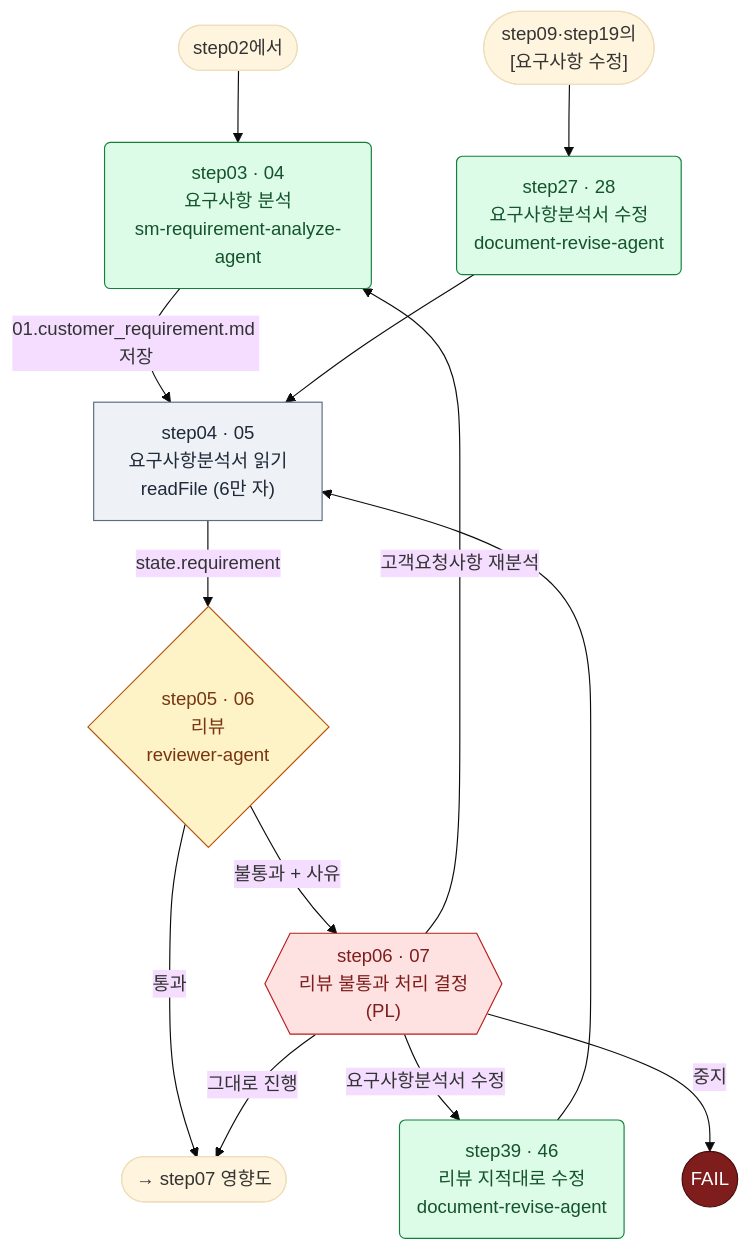
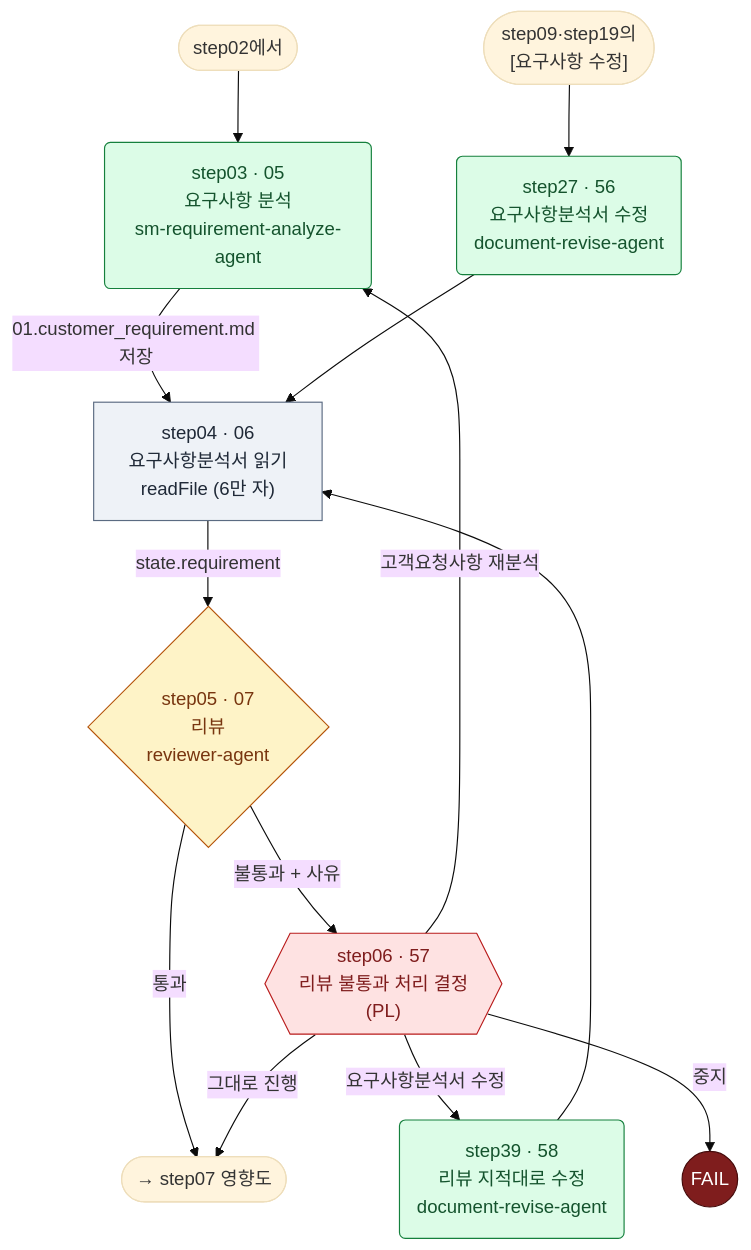
One commit to YongSoekChoeng/dstone changed the sixth of 24 diagrams in docs/09.dstone-ai-engine-sm-workflow.md. Above: the diagram before and after it, drawn with Mermaid (base theme). The commit also changed other lines of this file and 27 other files, not shown here.

````diff
--- a/docs/09.dstone-ai-engine-sm-workflow.md
+++ b/docs/09.dstone-ai-engine-sm-workflow.md
@@ -473,20 +474,20 @@
 ```mermaid
 flowchart TD
-    IN(["step02에서"]) --> step03("step03 · 04<br/>요구사항 분석<br/>sm-requirement-analyze-agent"):::agent
-    step03 -->|"01.customer_requirement.md 저장"| step04["step04 · 05<br/>요구사항분석서 읽기<br/>readFile (6만 자)"]:::tool
-    step04 -->|state.requirement| step05{"step05 · 06<br/>리뷰<br/>reviewer-agent"}:::sup
+    IN(["step02에서"]) --> step03("step03 · 05<br/>요구사항 분석<br/>sm-requirement-analyze-agent"):::agent
+    step03 -->|"01.customer_requirement.md 저장"| step04["step04 · 06<br/>요구사항분석서 읽기<br/>readFile (6만 자)"]:::tool
+    step04 -->|state.requirement| step05{"step05 · 07<br/>리뷰<br/>reviewer-agent"}:::sup
     step05 -->|"통과"| OUT(["→ step07 영향도"])
-    step05 -->|"불통과 + 사유"| step06{{"step06 · 07<br/>리뷰 불통과 처리 결정<br/>(PL)"}}:::appr
+    step05 -->|"불통과 + 사유"| step06{{"step06 · 57<br/>리뷰 불통과 처리 결정<br/>(PL)"}}:::appr
     step06 -->|그대로 진행| OUT
     step06 -->|고객요청사항 재분석| step03
-    step06 -->|요구사항분석서 수정| step39("step39 · 46<br/>리뷰 지적대로 수정<br/>document-revise-agent"):::agent
+    step06 -->|요구사항분석서 수정| step39("step39 · 58<br/>리뷰 지적대로 수정<br/>document-revise-agent"):::agent
     step06 -->|중지| FAIL((FAIL)):::bad
     step39 --> step04
-    OTHER(["step09·step19의<br/>[요구사항 수정]"]) --> step27("step27 · 28<br/>요구사항분석서 수정<br/>document-revise-agent"):::agent --> step04
+    OTHER(["step09·step19의<br/>[요구사항 수정]"]) --> step27("step27 · 56<br/>요구사항분석서 수정<br/>document-revise-agent"):::agent --> step04
 
     classDef tool fill:#eef2f7,stroke:#5b6b82,color:#1f2937
     classDef agent fill:#dcfce7,stroke:#15803d,color:#14532d
     classDef sup fill:#fef3c7,stroke:#b45309,color:#78350f
     classDef appr fill:#fee2e2,stroke:#b91c1c,color:#7f1d1d
     classDef bad fill:#7f1d1d,stroke:#450a0a,color:#ffffff
 ```
````
